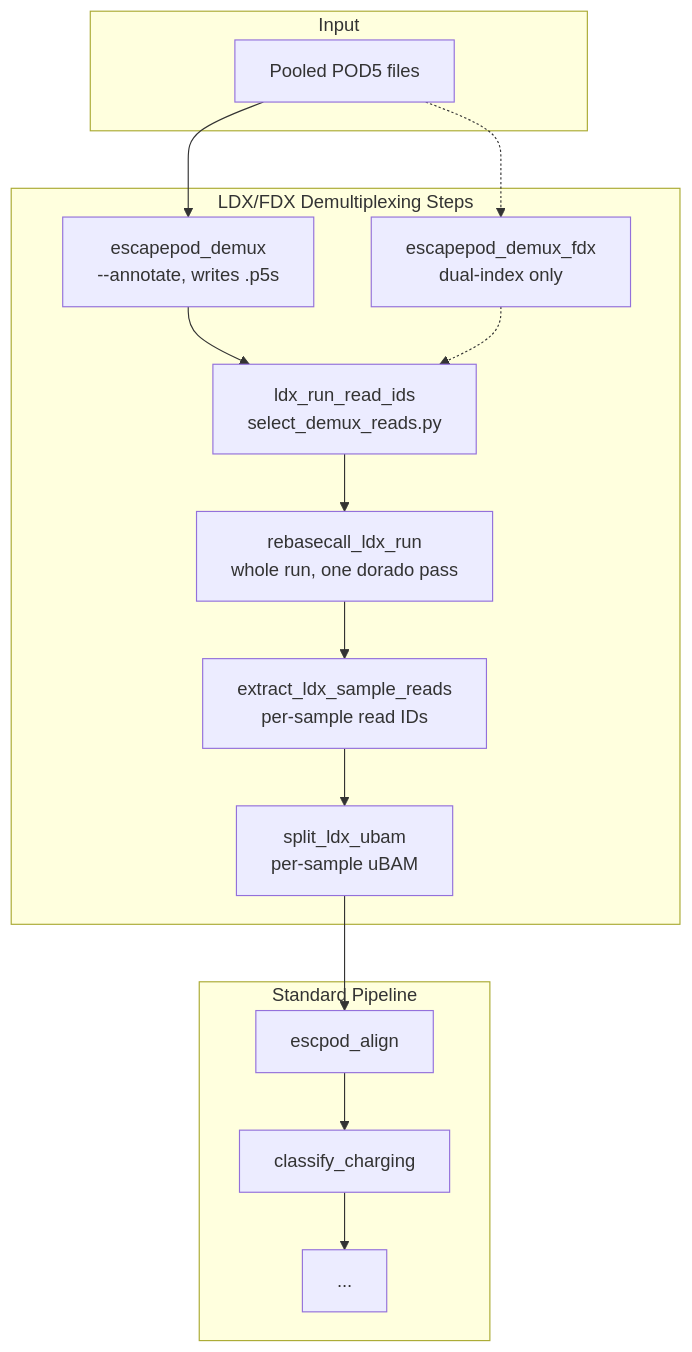
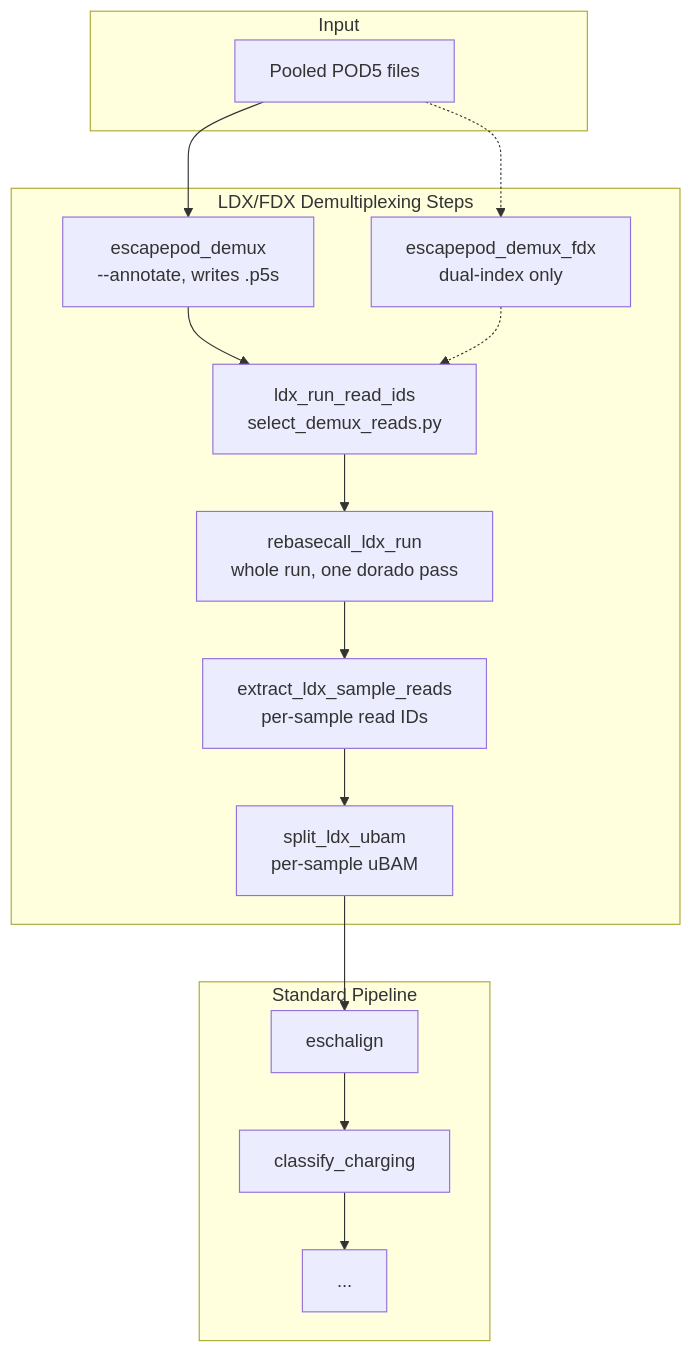
The third of 3 diagrams in docs/workflow/demultiplexing.md (rnabioco/aa-tRNA-seq-pipeline), drawn with Mermaid before and after one commit. The commit also changed other lines of this file and 37 other files, not shown here.

First line of the commit message:
feat(align): migrate alignment from escpod align to eschalign (#203)

````diff
--- a/docs/workflow/demultiplexing.md
+++ b/docs/workflow/demultiplexing.md
@@ -272,27 +272,27 @@
 ```mermaid
 flowchart TB
     subgraph Input
         A2[Pooled POD5 files]
     end
 
     subgraph Demux2[LDX/FDX Demultiplexing Steps]
         B2[escapepod_demux<br/>--annotate, writes .p5s]
         C2[escapepod_demux_fdx<br/>dual-index only]
         D2[ldx_run_read_ids<br/>select_demux_reads.py]
         E2[rebasecall_ldx_run<br/>whole run, one dorado pass]
         F2[extract_ldx_sample_reads<br/>per-sample read IDs]
         G2[split_ldx_ubam<br/>per-sample uBAM]
     end
 
     subgraph Standard2[Standard Pipeline]
-        H2[escpod_align]
+        H2[eschalign]
         I2[classify_charging]
         J2[...]
     end
 
     A2 --> B2
     A2 -.-> C2
     B2 --> D2
     C2 -.-> D2
     D2 --> E2 --> F2 --> G2 --> H2 --> I2 --> J2
 ```
````
